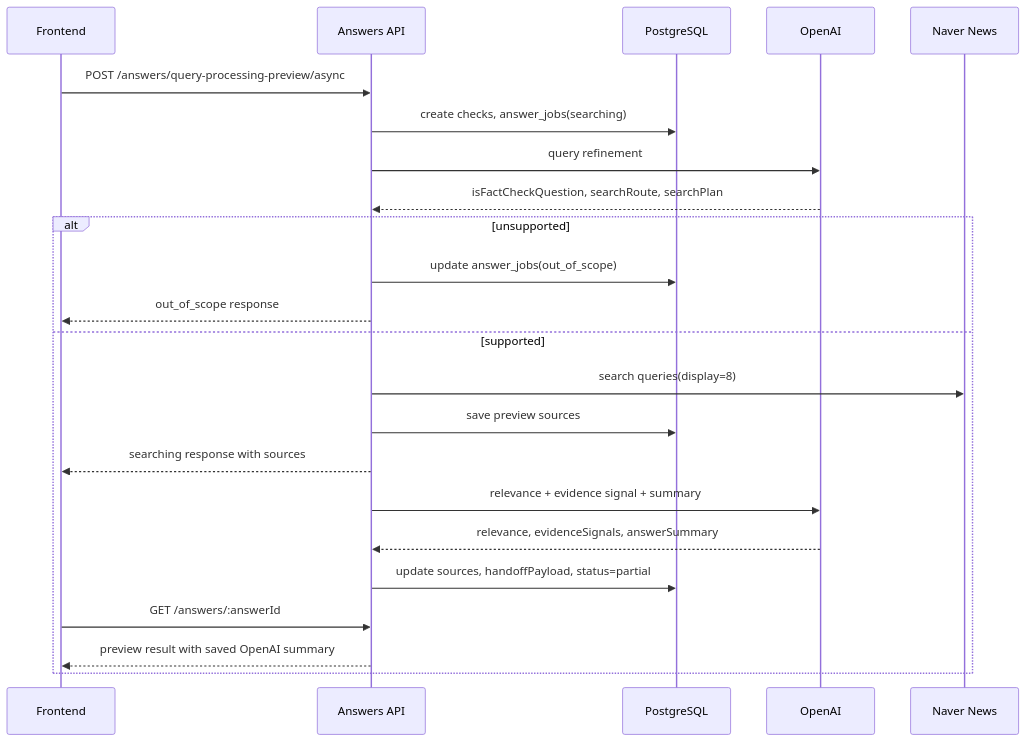
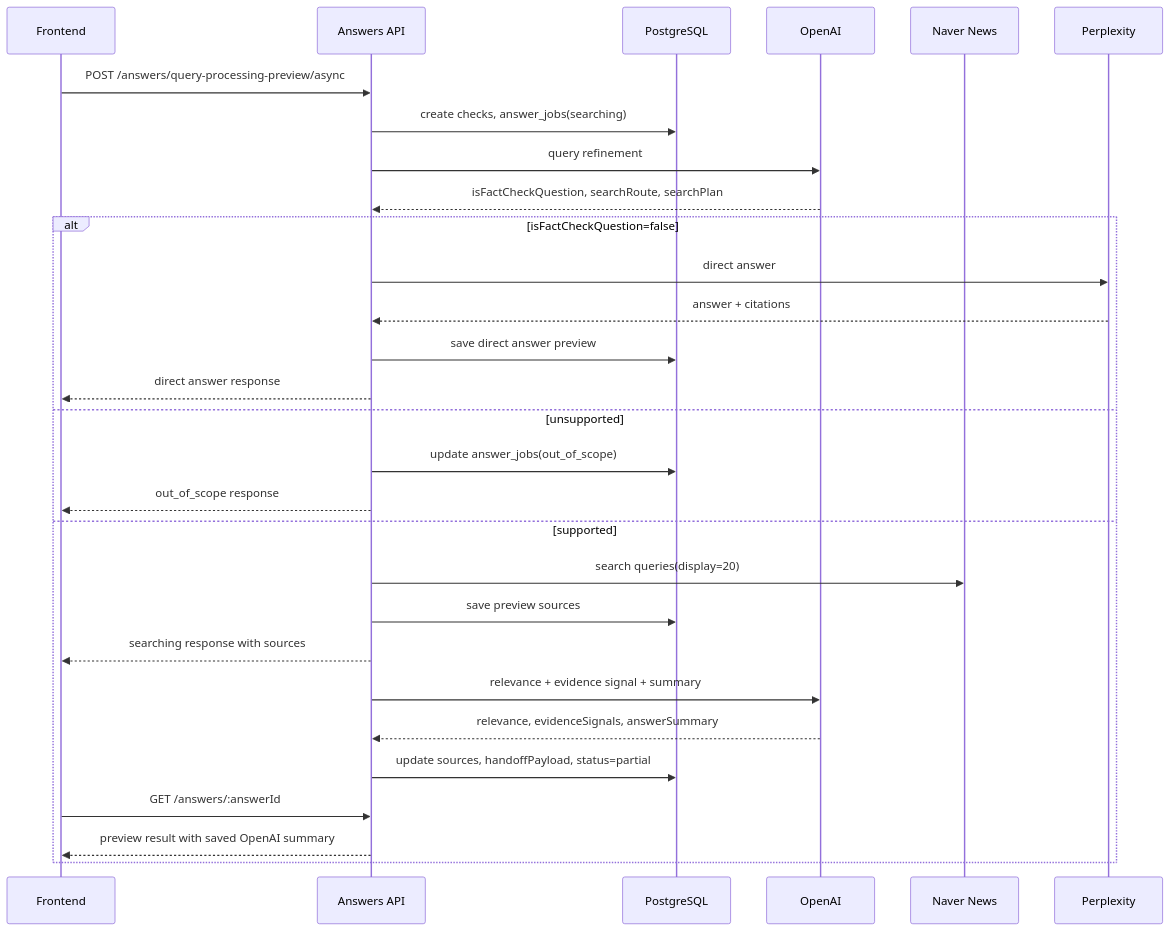
Before and after one commit to dyjeong576/varo: the diagram in docs/answer-query-processing.md, drawn with Mermaid. The commit also changed other lines of this file and 8 other files, not shown here.

Commit message:
feat: OpenAI 및 Perplexity 직접 답변 처리 개선, 헤드라인 분석 수동 재생성 API 추가

````diff
--- a/docs/answer-query-processing.md
+++ b/docs/answer-query-processing.md
@@ -112,26 +121,32 @@
 ```mermaid
 sequenceDiagram
   participant FE as Frontend
   participant API as Answers API
   participant DB as PostgreSQL
   participant OAI as OpenAI
   participant Naver as Naver News
+  participant PPLX as Perplexity
 
   FE->>API: POST /answers/query-processing-preview/async
   API->>DB: create checks, answer_jobs(searching)
   API->>OAI: query refinement
   OAI-->>API: isFactCheckQuestion, searchRoute, searchPlan
-  alt unsupported
+  alt isFactCheckQuestion=false
+    API->>PPLX: direct answer
+    PPLX-->>API: answer + citations
+    API->>DB: save direct answer preview
+    API-->>FE: direct answer response
+  else unsupported
     API->>DB: update answer_jobs(out_of_scope)
     API-->>FE: out_of_scope response
   else supported
-    API->>Naver: search queries(display=8)
+    API->>Naver: search queries(display=20)
     API->>DB: save preview sources
     API-->>FE: searching response with sources
     API->>OAI: relevance + evidence signal + summary
     OAI-->>API: relevance, evidenceSignals, answerSummary
     API->>DB: update sources, handoffPayload, status=partial
     FE->>API: GET /answers/:answerId
     API-->>FE: preview result with saved OpenAI summary
   end
 ```
````
